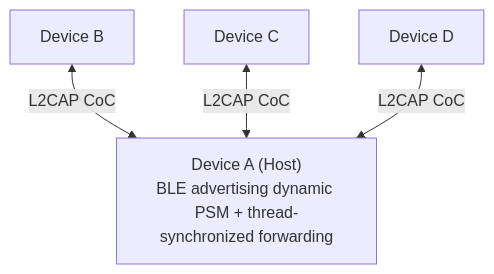
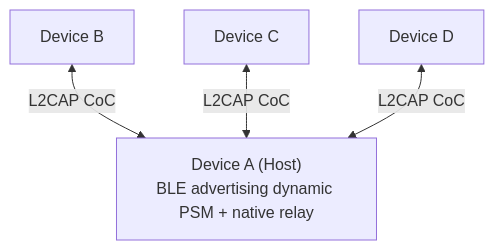
Before and after one commit to Starlordzz/sunsetripple: the second of 2 diagrams in docs/wiki/en/Room-Modes.md, drawn with Mermaid. The commit also changed other lines of this file and 36 other files, not shown here.

````diff
--- a/docs/wiki/en/Room-Modes.md
+++ b/docs/wiki/en/Room-Modes.md
@@ -52,11 +59,11 @@
 ```mermaid
 flowchart TD
-    H["Device A (Host)<br/>BLE advertising dynamic PSM + thread-synchronized forwarding"]
+    H["Device A (Host)<br/>BLE advertising dynamic PSM + native relay"]
     B["Device B"]
     C["Device C"]
     D["Device D"]
 
     B <-->|"L2CAP CoC"| H
     C <-->|"L2CAP CoC"| H
     D <-->|"L2CAP CoC"| H
 ```
````
